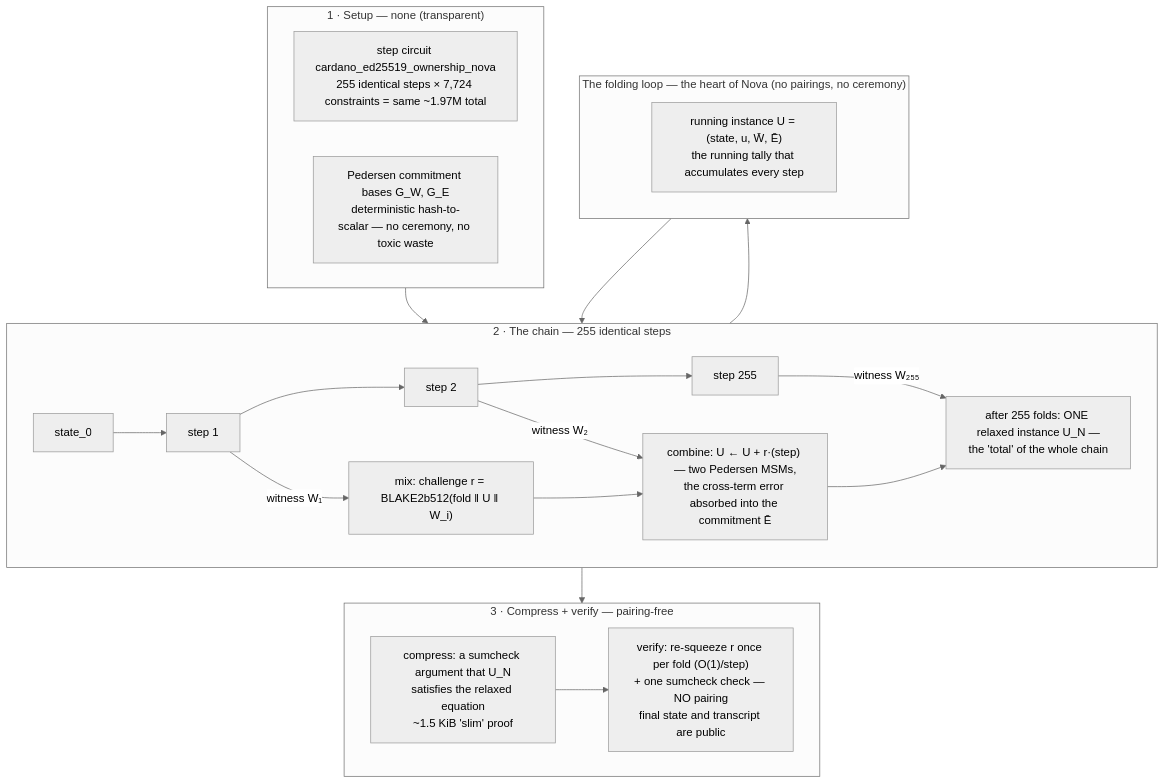
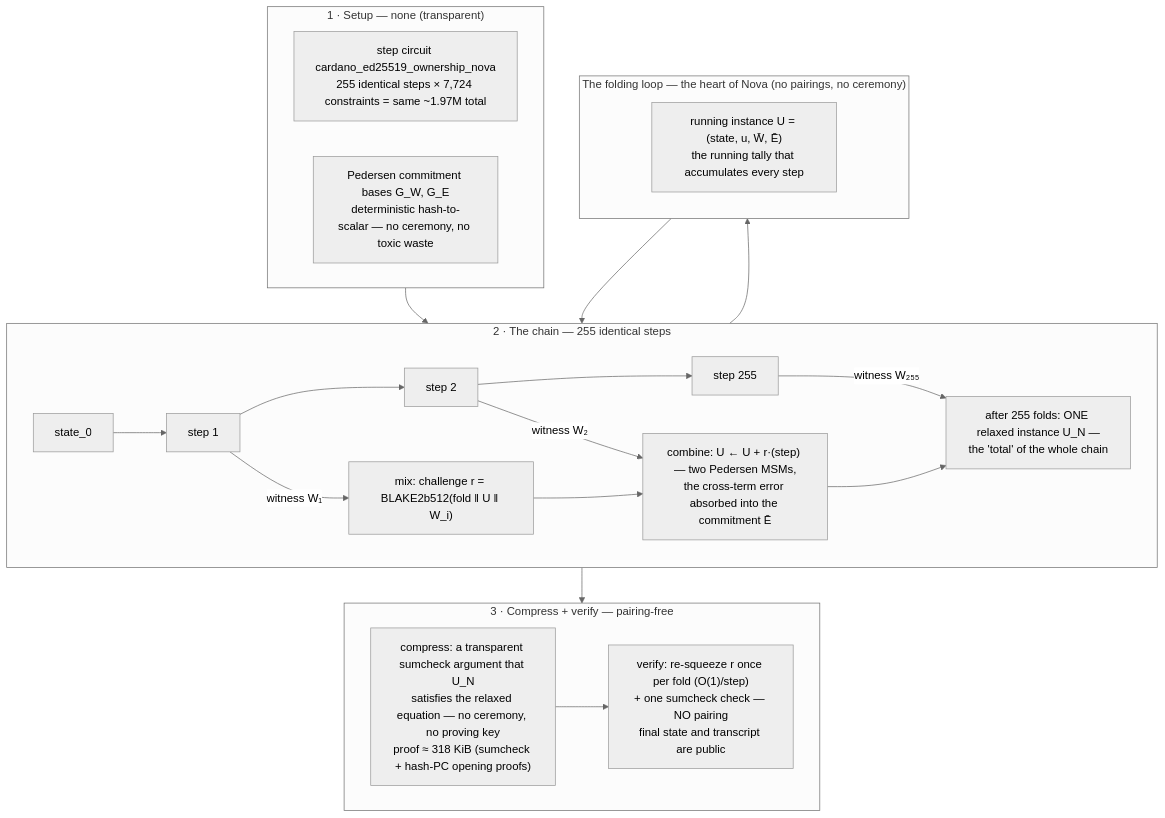
One commit to cardano-foundation/bls changed the tenth of 11 diagrams in tutorials/optimization.md. Above: the diagram before and after it, drawn with Mermaid (neutral theme). The commit also changed other lines of this file, not shown here.

````diff
--- a/tutorials/optimization.md
+++ b/tutorials/optimization.md
@@ -1597,37 +1597,37 @@
 ```mermaid
 flowchart TB
     subgraph SETUP2["1 · Setup — none (transparent)"]
         B1["step circuit cardano_ed25519_ownership_nova<br/>255 identical steps × 7,724 constraints = same ~1.97M total"]
         B2["Pedersen commitment bases G_W, G_E<br/>deterministic hash-to-scalar — no ceremony, no toxic waste"]
     end
 
     subgraph CHAIN2["2 · The chain — 255 identical steps"]
         direction LR
         S0["state_0"] --> S1["step 1"]
         S1 --> S2["step 2"]
         S2 --> SN["step 255"]
         S1 -->|witness W₁| F1
         S2 -->|witness W₂| F2
         SN -->|witness W₂₅₅| F3
     end
 
     subgraph FOLD2["The folding loop — the heart of Nova (no pairings, no ceremony)"]
         direction TB
         F0["running instance U = (state, u, W̄, Ē)<br/>the running tally that accumulates every step"]
         F1["mix: challenge r = BLAKE2b512(fold ‖ U ‖ W_i)"]
         F2["combine: U ← U + r·(step) — two Pedersen MSMs,<br/>the cross-term error absorbed into the commitment Ē"]
         F3["after 255 folds: ONE relaxed instance U_N —<br/>the 'total' of the whole chain"]
         F0 --> F1 --> F2 --> F0
         F2 --> F3
     end
 
     subgraph VER2["3 · Compress + verify — pairing-free"]
         direction LR
-        C2["compress: a sumcheck argument that U_N<br/>satisfies the relaxed equation<br/>~1.5 KiB 'slim' proof"]
+        C2["compress: a transparent sumcheck argument that U_N<br/>satisfies the relaxed equation — no ceremony, no proving key<br/>proof ≈ 318 KiB (sumcheck + hash-PC opening proofs)"]
         V2["verify: re-squeeze r once per fold (O(1)/step)<br/>+ one sumcheck check — NO pairing<br/>final state and transcript are public"]
         C2 --> V2
     end
 
     SETUP2 --> CHAIN2
     F3 --> VER2
 ```
````
